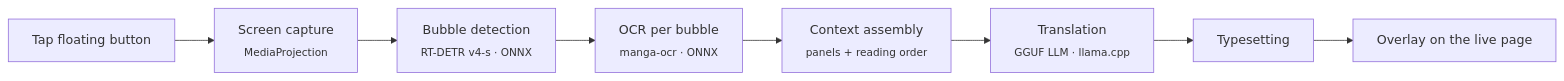
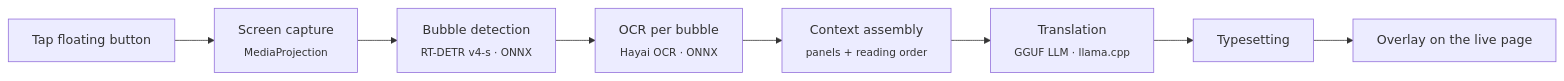
The diagram in README.md (artsaraiva/yomu), drawn with Mermaid before and after one commit. The commit also changed other lines of this file and 1 other file, not shown here.

Commit message:
docs: record the Hayai OCR reader in ADR-0024

````diff
--- a/README.md
+++ b/README.md
@@ -76,10 +76,10 @@
 ```mermaid
 flowchart LR
     A[Tap floating button] --> B[Screen capture<br/><sub>MediaProjection</sub>]
     B --> C[Bubble detection<br/><sub>RT-DETR v4-s · ONNX</sub>]
-    C --> D[OCR per bubble<br/><sub>manga-ocr · ONNX</sub>]
+    C --> D[OCR per bubble<br/><sub>Hayai OCR · ONNX</sub>]
     D --> E[Context assembly<br/><sub>panels + reading order</sub>]
     E --> F[Translation<br/><sub>GGUF LLM · llama.cpp</sub>]
     F --> G[Typesetting]
     G --> H[Overlay on the live page]
 ```
````
